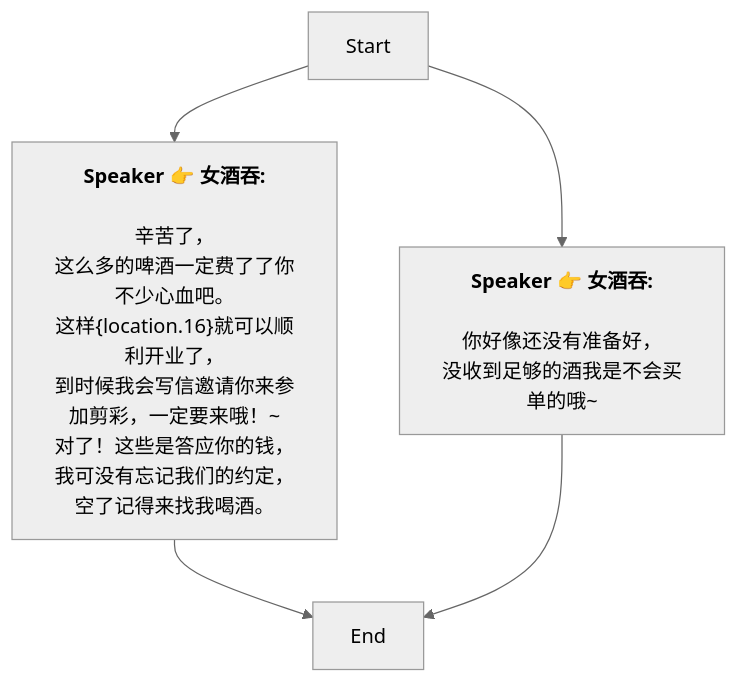
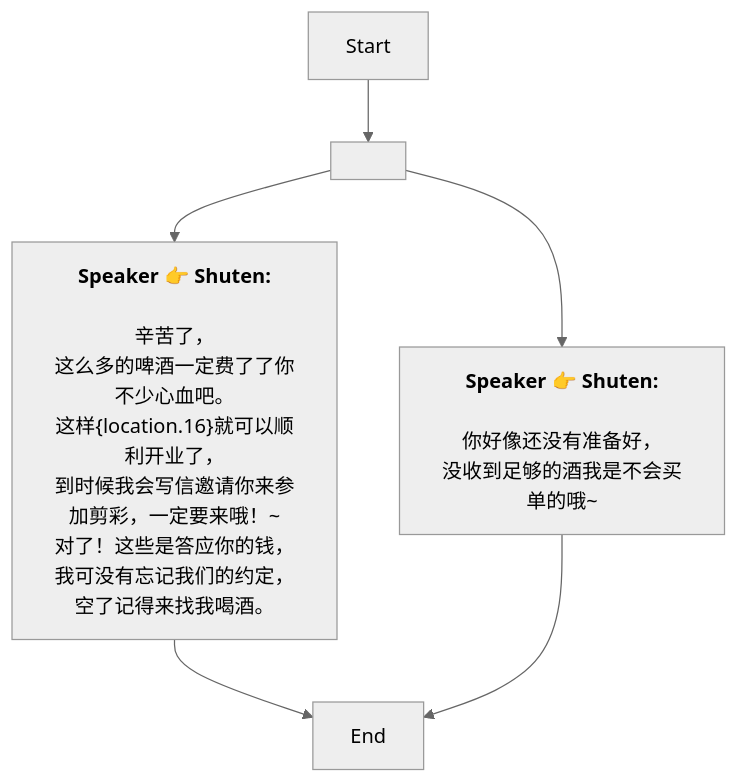
The diagram in Zh/QuestNPCDeliveryENode_1754566337748939.md (SoftHu/tos_avg), drawn with Mermaid (neutral theme) before and after one commit. The commit also changed 737 other files, not shown here.

````diff
--- a/Zh/QuestNPCDeliveryENode_1754566337748939.md
+++ b/Zh/QuestNPCDeliveryENode_1754566337748939.md
@@ -1,19 +1,16 @@
 ```mermaid
 graph
-Start -->1754567477753818[<b>Speaker 👉 女酒吞:</b>
-
-辛苦了，
-这么多的啤酒一定费了了你不少心血吧。
-这样&lbrace;location.16&rbrace;就可以顺利开业了，
-到时候我会写信邀请你来参加剪彩，一定要来哦！~
-对了！这些是答应你的钱，
+Start -->1756425564236300[ ]
+1756425564236300 -->1754567477753818[<b>Speaker 👉 Shuten:</b>
+\n辛苦了，
+这么多的啤酒一定费了了你不少心血吧。\n这样&lbrace;location.16&rbrace;就可以顺利开业了，
+到时候我会写信邀请你来参加剪彩，一定要来哦！~\n对了！这些是答应你的钱，
 我可没有忘记我们的约定，
 空了记得来找我喝酒。]
-Start -->1756425626679821[<b>Speaker 👉 女酒吞:</b>
-
-你好像还没有准备好，
+1756425564236300 -->1756425626679821[<b>Speaker 👉 Shuten:</b>
+\n你好像还没有准备好，
 没收到足够的酒我是不会买单的哦~]
 1754567477753818 -->1754567473346521[End]
 1756425626679821 -->1754567473346521[End]
 
- ```
+```
````
